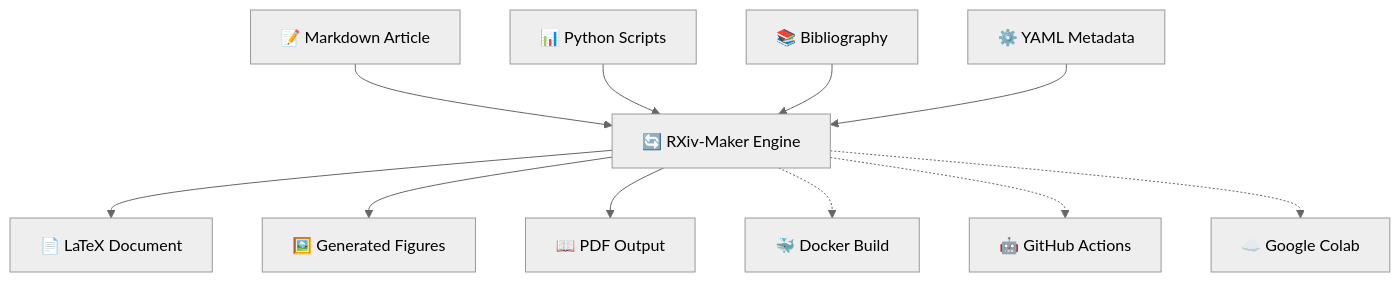
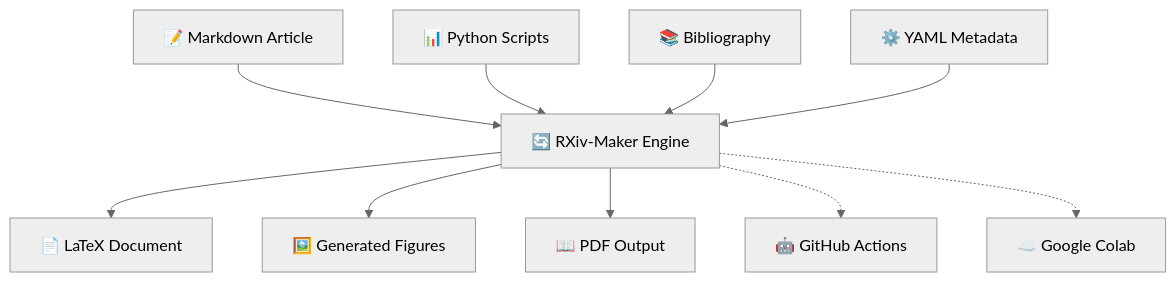
Before and after one commit to paxcalpt/rxiv-maker: the diagram in README.md, drawn with Mermaid (neutral theme). The commit also changed other lines of this file and 3 other files, not shown here.

````diff
--- a/README.md
+++ b/README.md
@@ -241,15 +240,15 @@
 ```mermaid
 graph TD
     A[📝 Markdown Article] --> E[🔄 RXiv-Maker Engine]
     B[📊 Python Scripts] --> E
     C[📚 Bibliography] --> E
     D[⚙️ YAML Metadata] --> E
     
     E --> F[📄 LaTeX Document]
     E --> G[🖼️ Generated Figures]
     E --> H[📖 PDF Output]
     
-    E -.-> I[🐳 Docker Build]
+
     E -.-> J[🤖 GitHub Actions]
     E -.-> K[☁️ Google Colab]
 ```
````
